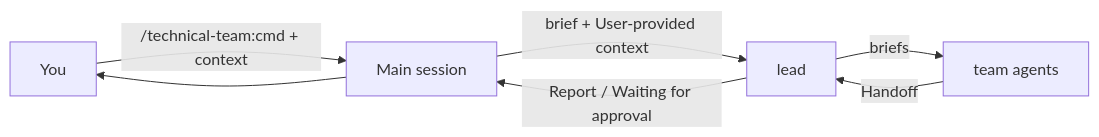
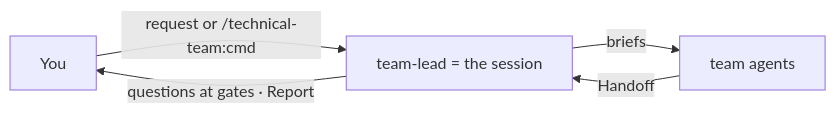
Before and after one commit to Tuan-Quyen/technical-teams: the first of 2 diagrams in skills/run-kit/references/usage.md, drawn with Mermaid. The commit also changed other lines of this file and 4 other files, not shown here.

First line of the commit message:
Make team-lead the default main-session agent

````diff
--- a/skills/run-kit/references/usage.md
+++ b/skills/run-kit/references/usage.md
@@ -17,8 +17,7 @@
 ```mermaid
 flowchart LR
-  U[You] -->|/technical-team:cmd + context| M[Main session]
-  M -->|brief + User-provided context| L[lead]
+  U[You] -->|request or /technical-team:cmd| L[team-lead = the session]
   L -->|briefs| T[team agents]
   T -->|Handoff| L
-  L -->|Report / Waiting for approval| M --> U
+  L -->|questions at gates · Report| U
 ```
````
